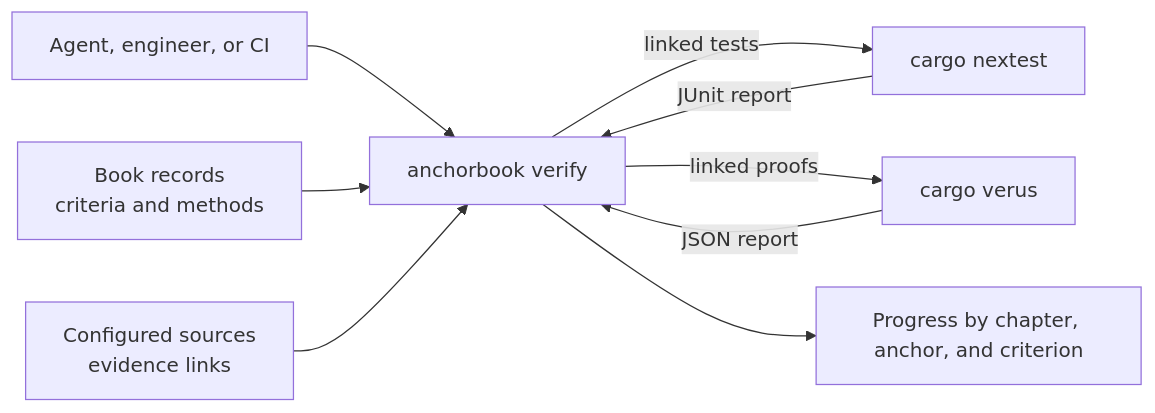
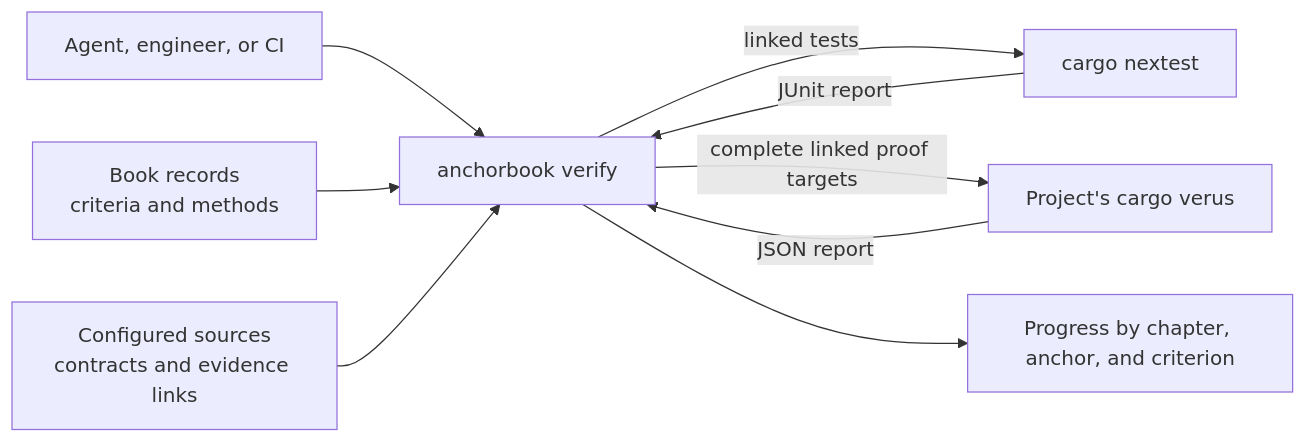
One commit to anchor-book/anchor-book changed the diagram in book/design/verification-evidence.md. Above: the diagram before and after it, drawn with Mermaid. The commit also changed other lines of this file and 6 other files, not shown here.

Commit message:
Plan consumer Verus verification and engine proof isolation

````diff
--- a/book/design/verification-evidence.md
+++ b/book/design/verification-evidence.md
@@ -129,12 +131,12 @@
 ```mermaid
 %%{init: {"flowchart": {"useMaxWidth": false}}}%%
 flowchart LR
     caller["Agent, engineer, or CI"] --> verify["anchorbook verify"]
     book["Book records<br/>criteria and methods"] --> verify
-    sources["Configured sources<br/>evidence links"] --> verify
+    sources["Configured sources<br/>contracts and evidence links"] --> verify
     verify -->|"linked tests"| nextest["cargo nextest"]
-    verify -->|"linked proofs"| verus["cargo verus"]
+    verify -->|"complete linked proof targets"| verus["Project's cargo verus"]
     nextest -->|"JUnit report"| verify
     verus -->|"JSON report"| verify
     verify --> report["Progress by chapter, anchor, and criterion"]
 ```
````
